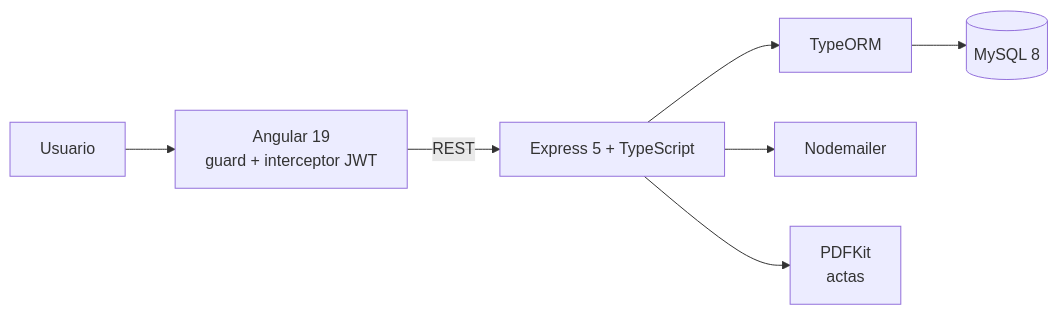
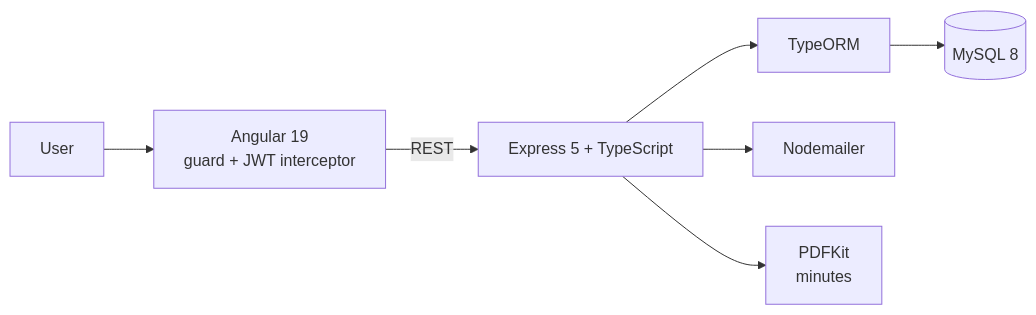
Before and after one commit to sebro08/sebro08: the third of 3 diagrams in README.md, drawn with Mermaid. The commit also changed other lines of this file and 6 other files, not shown here.

````diff
--- a/README.md
+++ b/README.md
@@ -77,9 +89,9 @@
 ```mermaid
 flowchart LR
-    U[Usuario] --> F[Angular 19<br/>guard + interceptor JWT]
+    U[User] --> F[Angular 19<br/>guard + JWT interceptor]
     F -->|REST| B[Express 5 + TypeScript]
     B --> O[TypeORM]
     O --> D[(MySQL 8)]
     B --> M[Nodemailer]
-    B --> P[PDFKit<br/>actas]
+    B --> P[PDFKit<br/>minutes]
 ```
````
